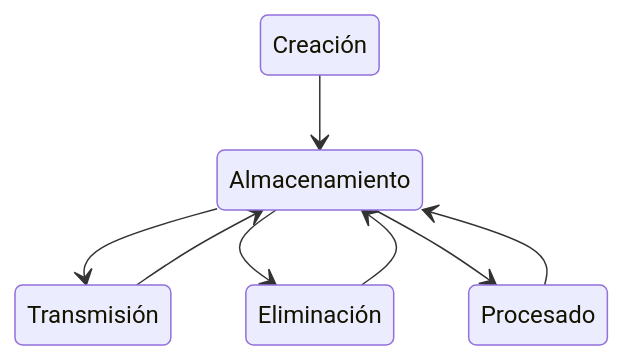
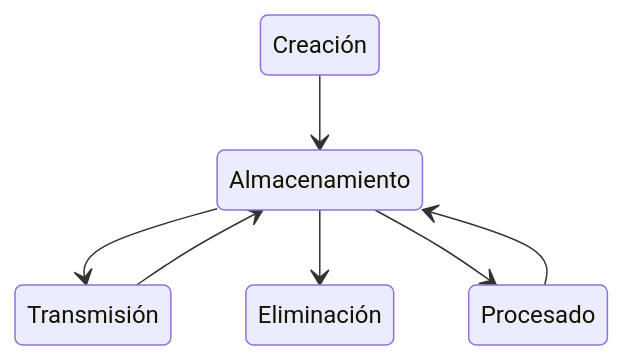
Before and after one commit to BorjaAB/BorjaAB.github.io: the diagram in _posts/2024-05-07-nis.md, drawn with Mermaid. The commit also changed 8 other files, not shown here.

````diff
--- a/_posts/2024-05-07-nis.md
+++ b/_posts/2024-05-07-nis.md
@@ -98,10 +98,9 @@
 ```mermaid
 stateDiagram-v2
     Creación --> Almacenamiento
     Almacenamiento --> Transmisión
     Almacenamiento --> Eliminación
     Almacenamiento --> Procesado
     Transmisión --> Almacenamiento
-    Eliminación --> Almacenamiento
     Procesado --> Almacenamiento
 ```
````
